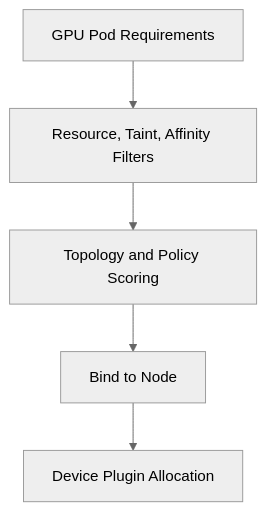
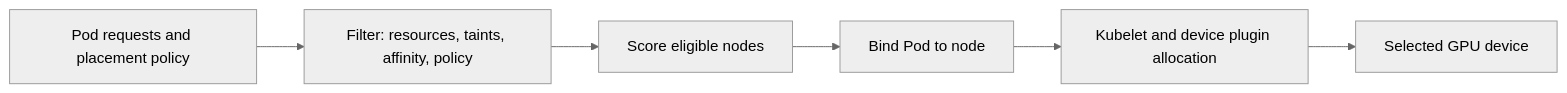
Before and after one commit to jithinpnjm/nvidia-devops: the diagram in docs/nvidia-zero-to-hero/volume-10/chapter-08-gpu-scheduling-and-topology.md, drawn with Mermaid (neutral theme). The commit also changed other lines of this file and 1 other file, not shown here.

Commit message:
docs(volume-10): strengthen node lifecycle and scheduling guidance

````diff
--- a/docs/nvidia-zero-to-hero/volume-10/chapter-08-gpu-scheduling-and-topology.md
+++ b/docs/nvidia-zero-to-hero/volume-10/chapter-08-gpu-scheduling-and-topology.md
@@ -18,9 +25,10 @@
 ```mermaid
-flowchart TD
-    Pod[GPU Pod Requirements]
-    Filter[Resource, Taint, Affinity Filters]
-    Score[Topology and Policy Scoring]
-    Bind[Bind to Node]
-    Allocate[Device Plugin Allocation]
-    Pod --> Filter --> Score --> Bind --> Allocate
+flowchart LR
+    Pod[Pod requests and placement policy]
+    Filter[Filter: resources, taints, affinity, policy]
+    Score[Score eligible nodes]
+    Bind[Bind Pod to node]
+    Kubelet[Kubelet and device plugin allocation]
+    Device[Selected GPU device]
+    Pod --> Filter --> Score --> Bind --> Kubelet --> Device
 ```
````
